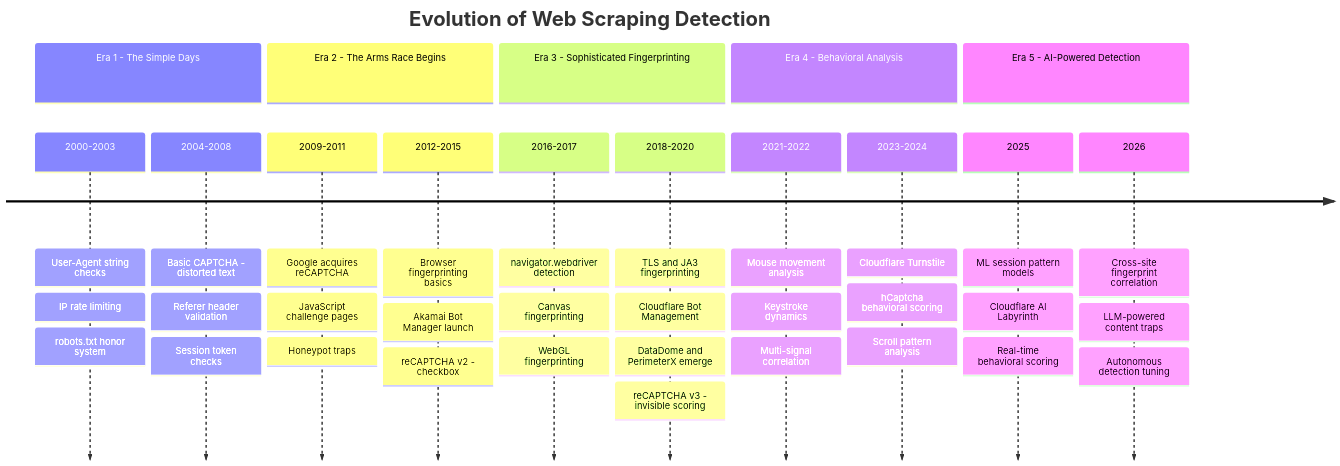
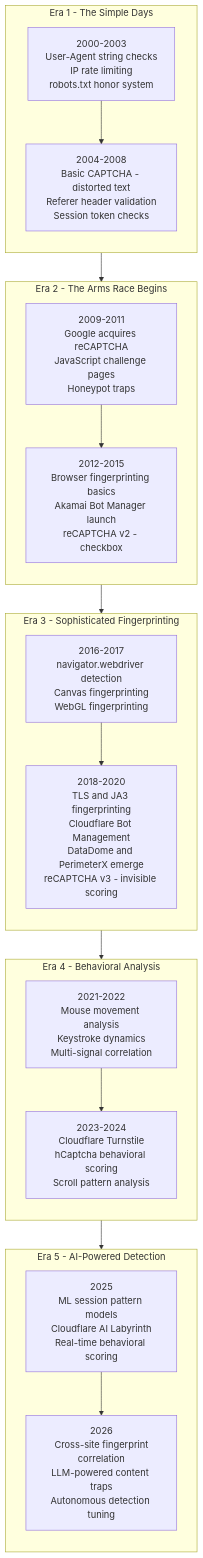
Before and after one commit to bytetunnels/bytetunnels.github.com: the first of 4 diagrams in _posts/2026-03-01-evolution-web-scraping-detection-methods-timeline.md, drawn with Mermaid. The commit also changed other lines of this file and 118 other files, not shown here.

Commit message:
feat: improve diagram styling and compact wide flowcharts

````diff
--- a/_posts/2026-03-01-evolution-web-scraping-detection-methods-timeline.md
+++ b/_posts/2026-03-01-evolution-web-scraping-detection-methods-timeline.md
@@ -19,40 +19,38 @@
 ```mermaid
-timeline
-    title Evolution of Web Scraping Detection
-    section Era 1 - The Simple Days
-        2000-2003 : User-Agent string checks
-                  : IP rate limiting
-                  : robots.txt honor system
-        2004-2008 : Basic CAPTCHA - distorted text
-                  : Referer header validation
-                  : Session token checks
-    section Era 2 - The Arms Race Begins
-        2009-2011 : Google acquires reCAPTCHA
-                  : JavaScript challenge pages
-                  : Honeypot traps
-        2012-2015 : Browser fingerprinting basics
-                  : Akamai Bot Manager launch
-                  : reCAPTCHA v2 - checkbox
-    section Era 3 - Sophisticated Fingerprinting
-        2016-2017 : navigator.webdriver detection
-                  : Canvas fingerprinting
-                  : WebGL fingerprinting
-        2018-2020 : TLS and JA3 fingerprinting
-                  : Cloudflare Bot Management
-                  : DataDome and PerimeterX emerge
-                  : reCAPTCHA v3 - invisible scoring
-    section Era 4 - Behavioral Analysis
-        2021-2022 : Mouse movement analysis
-                  : Keystroke dynamics
-                  : Multi-signal correlation
-        2023-2024 : Cloudflare Turnstile
-                  : hCaptcha behavioral scoring
-                  : Scroll pattern analysis
-    section Era 5 - AI-Powered Detection
-        2025 : ML session pattern models
-             : Cloudflare AI Labyrinth
-             : Real-time behavioral scoring
-        2026 : Cross-site fingerprint correlation
-             : LLM-powered content traps
-             : Autonomous detection tuning
+flowchart TD
+    accTitle: Evolution of Web Scraping Detection
+    subgraph ERA0["Era 1 - The Simple Days"]
+        direction TB
+        P0["2000-2003<br/>User-Agent string checks<br/>IP rate limiting<br/>robots.txt honor system"]
+        P1["2004-2008<br/>Basic CAPTCHA - distorted text<br/>Referer header validation<br/>Session token checks"]
+    end
+    subgraph ERA1["Era 2 - The Arms Race Begins"]
+        direction TB
+        P2["2009-2011<br/>Google acquires reCAPTCHA<br/>JavaScript challenge pages<br/>Honeypot traps"]
+        P3["2012-2015<br/>Browser fingerprinting basics<br/>Akamai Bot Manager launch<br/>reCAPTCHA v2 - checkbox"]
+    end
+    subgraph ERA2["Era 3 - Sophisticated Fingerprinting"]
+        direction TB
+        P4["2016-2017<br/>navigator.webdriver detection<br/>Canvas fingerprinting<br/>WebGL fingerprinting"]
+        P5["2018-2020<br/>TLS and JA3 fingerprinting<br/>Cloudflare Bot Management<br/>DataDome and PerimeterX emerge<br/>reCAPTCHA v3 - invisible scoring"]
+    end
+    subgraph ERA3["Era 4 - Behavioral Analysis"]
+        direction TB
+        P6["2021-2022<br/>Mouse movement analysis<br/>Keystroke dynamics<br/>Multi-signal correlation"]
+        P7["2023-2024<br/>Cloudflare Turnstile<br/>hCaptcha behavioral scoring<br/>Scroll pattern analysis"]
+    end
+    subgraph ERA4["Era 5 - AI-Powered Detection"]
+        direction TB
+        P8["2025<br/>ML session pattern models<br/>Cloudflare AI Labyrinth<br/>Real-time behavioral scoring"]
+        P9["2026<br/>Cross-site fingerprint<br/>correlation<br/>LLM-powered content traps<br/>Autonomous detection tuning"]
+    end
+    P0 --> P1
+    P1 --> P2
+    P2 --> P3
+    P3 --> P4
+    P4 --> P5
+    P5 --> P6
+    P6 --> P7
+    P7 --> P8
+    P8 --> P9
 ```
````
